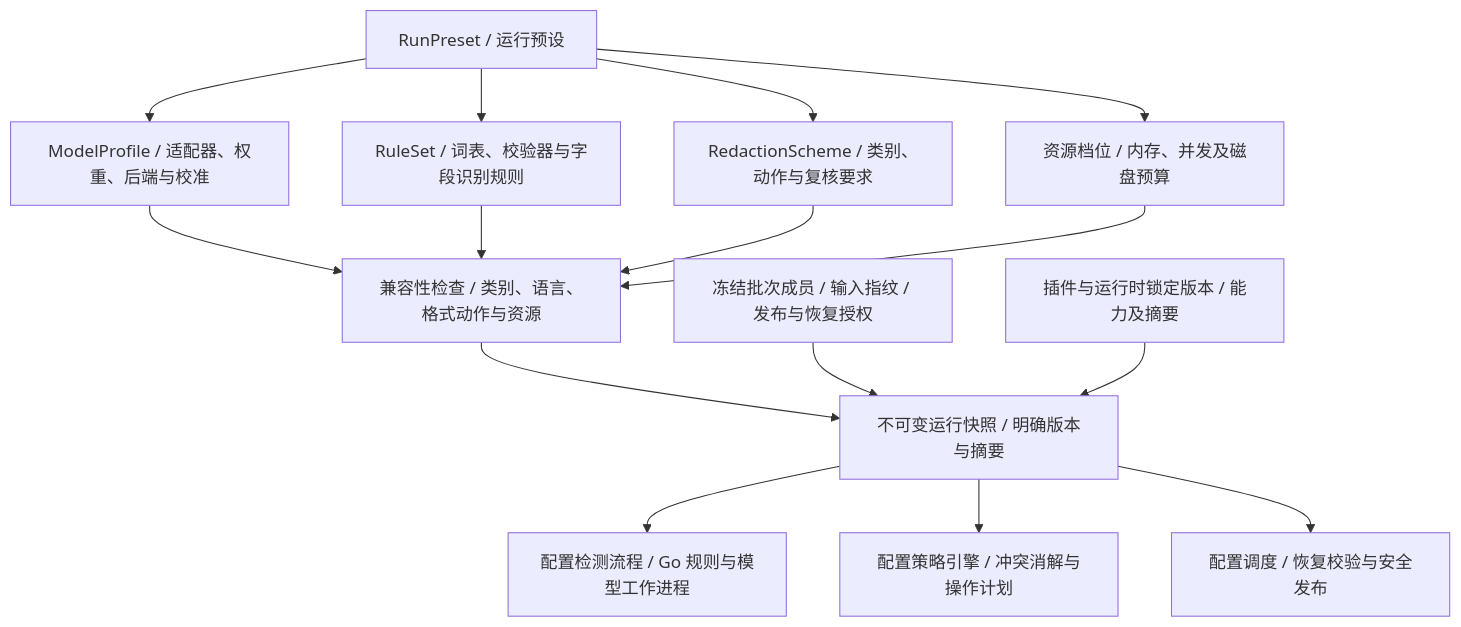
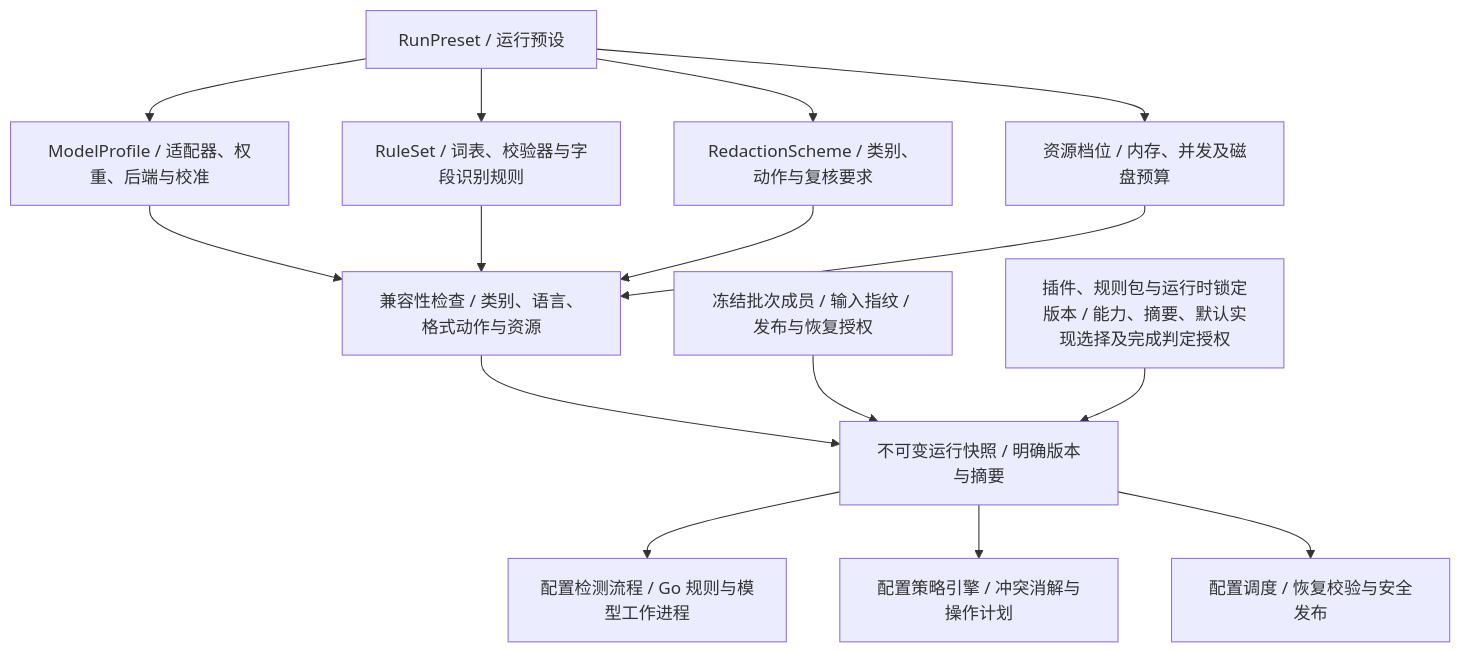
Before and after one commit to jorben/tacet: the fourth of 4 diagrams in docs/v1/tacet-architecture.md, drawn with Mermaid. The commit also changed other lines of this file and 1 other file, not shown here.

````diff
--- a/docs/v1/tacet-architecture.md
+++ b/docs/v1/tacet-architecture.md
@@ -429,19 +570,19 @@
 ```mermaid
 flowchart TB
     PRESET["RunPreset / 运行预设"] --> MODEL["ModelProfile / 适配器、权重、后端与校准"]
     PRESET --> RULES["RuleSet / 词表、校验器与字段识别规则"]
     PRESET --> SCHEME["RedactionScheme / 类别、动作与复核要求"]
     PRESET --> RESOURCE["资源档位 / 内存、并发及磁盘预算"]
 
     MODEL --> COMPAT["兼容性检查 / 类别、语言、格式动作与资源"]
     RULES --> COMPAT
     SCHEME --> COMPAT
     RESOURCE --> COMPAT
     COMPAT --> SNAPSHOT["不可变运行快照 / 明确版本与摘要"]
     BATCH["冻结批次成员 / 输入指纹 / 发布与恢复授权"] --> SNAPSHOT
-    PLUGINS["插件与运行时锁定版本 / 能力及摘要"] --> SNAPSHOT
+    PLUGINS["插件、规则包与运行时锁定版本 / 能力、摘要、默认实现选择及完成判定授权"] --> SNAPSHOT
 
     SNAPSHOT --> DETECTCFG["配置检测流程 / Go 规则与模型工作进程"]
     SNAPSHOT --> POLICYCFG["配置策略引擎 / 冲突消解与操作计划"]
     SNAPSHOT --> RUNTIMECFG["配置调度 / 恢复校验与安全发布"]
 ```
````
